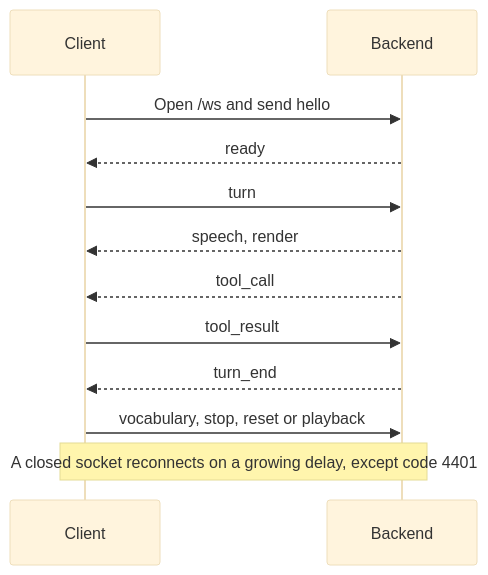
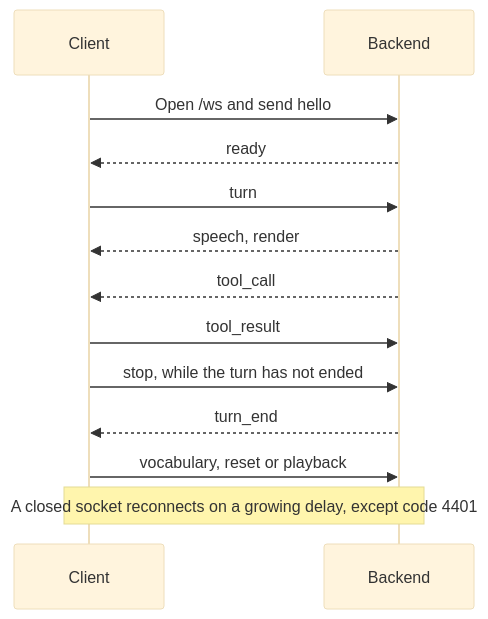
Before and after one commit to yw0nam/YUI: the diagram in docs/reference/push-transport.md, drawn with Mermaid (base theme). The commit also changed other lines of this file and 6 other files, not shown here.

Commit message:
docs: Reference prose reads plainly, and its diagrams and callouts match the stated rules

````diff
--- a/docs/reference/push-transport.md
+++ b/docs/reference/push-transport.md
@@ -5,14 +8,15 @@
 ```mermaid
 sequenceDiagram
   participant C as Client
   participant B as Backend
   C->>B: Open /ws and send hello
   B-->>C: ready
   C->>B: turn
   B-->>C: speech, render
   B-->>C: tool_call
   C->>B: tool_result
+  C->>B: stop, while the turn has not ended
   B-->>C: turn_end
-  C->>B: vocabulary, stop, reset or playback
+  C->>B: vocabulary, reset or playback
   Note over C,B: A closed socket reconnects on a growing delay, except code 4401
 ```
````
